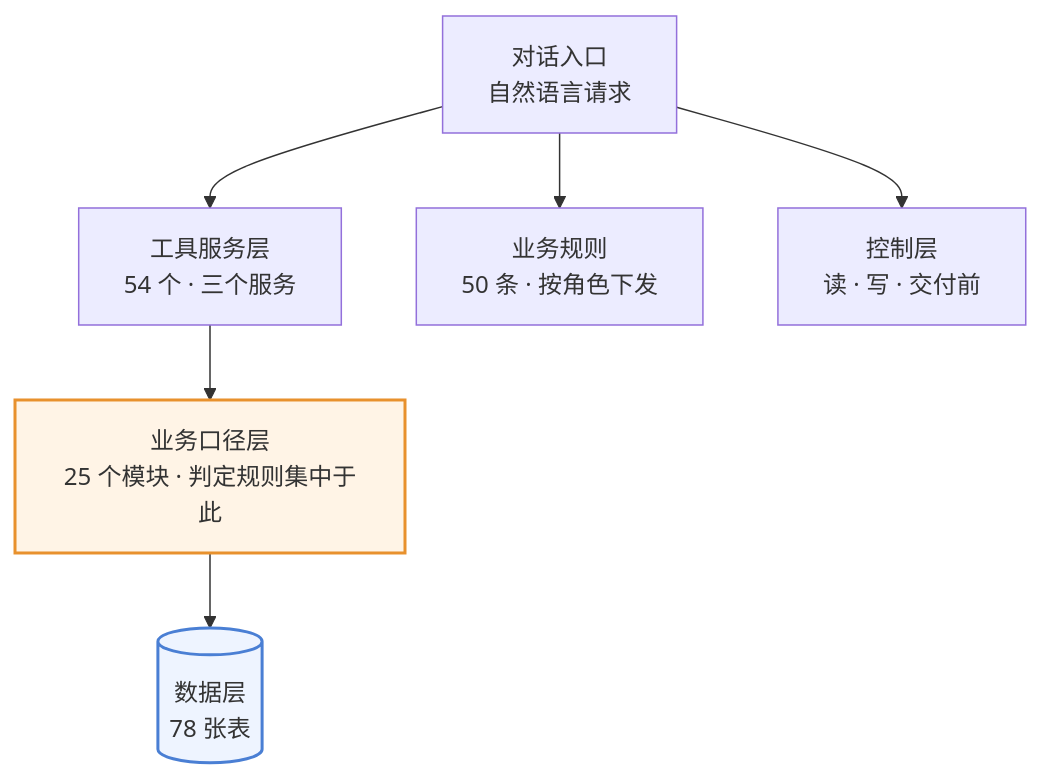
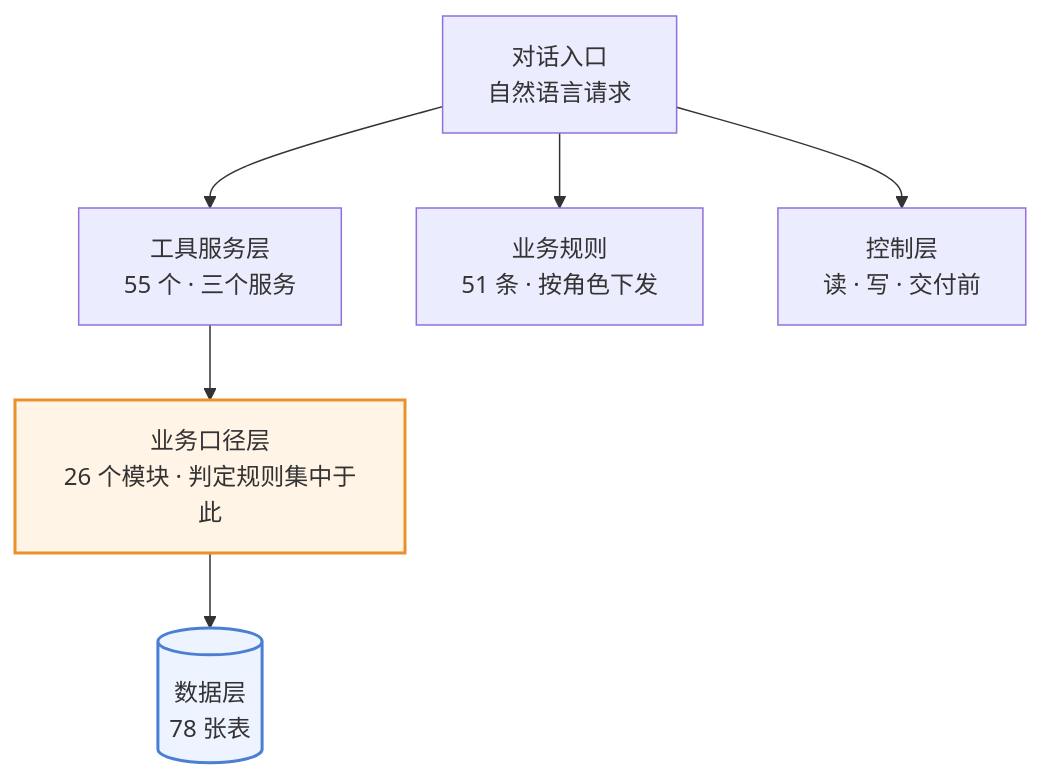
One commit to 843773296-rgb/lanxiu-yunshang-agent changed the first of 4 diagrams in 澜绣云裳agent-产品需求文档.md. Above: the diagram before and after it, drawn with Mermaid. The commit also changed other lines of this file and 18 other files, not shown here.

````diff
--- a/澜绣云裳agent-产品需求文档.md
+++ b/澜绣云裳agent-产品需求文档.md
@@ -134,12 +134,12 @@
 ```mermaid
 flowchart TD
     M["对话入口<br/>自然语言请求"]
-    M --> T["工具服务层<br/>54 个 · 三个服务"]
-    M --> R["业务规则<br/>50 条 · 按角色下发"]
+    M --> T["工具服务层<br/>55 个 · 三个服务"]
+    M --> R["业务规则<br/>51 条 · 按角色下发"]
     M --> G["控制层<br/>读 · 写 · 交付前"]
-    T --> K["业务口径层<br/>25 个模块 · 判定规则集中于此"]
+    T --> K["业务口径层<br/>26 个模块 · 判定规则集中于此"]
     K --> DB[("数据层<br/>78 张表")]
 
     style K fill:#fff4e6,stroke:#e8912d,stroke-width:2px
     style DB fill:#eef4ff,stroke:#4a7fd4,stroke-width:2px
 ```
````
